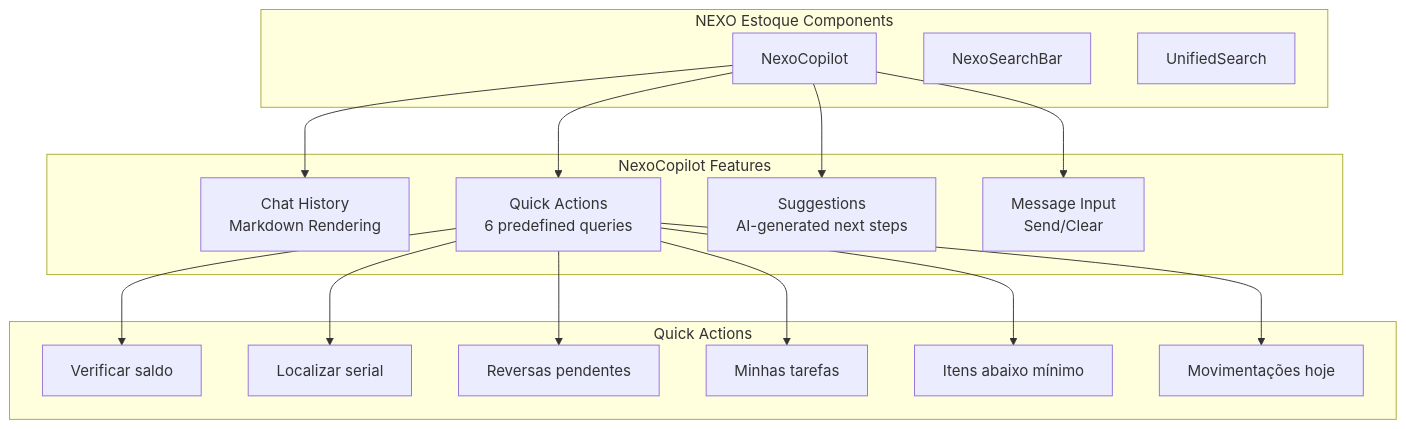
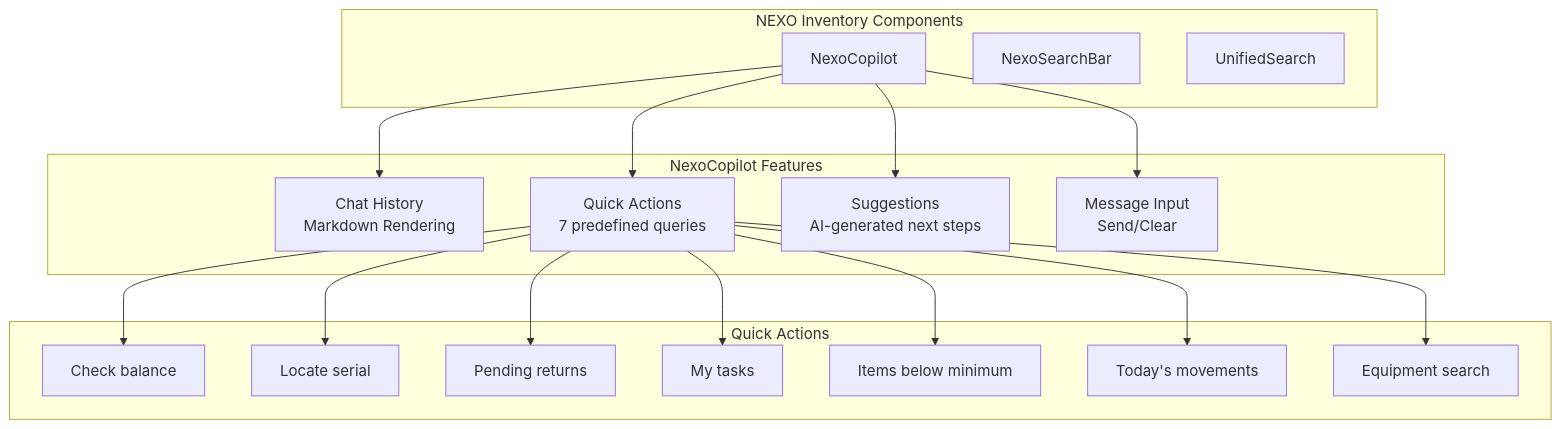
Before and after one commit to LPDigital-Agent/lpd-faiston-allinone: diagram 18 of 19 in docs/architecture/SGA_ESTOQUE_ARCHITECTURE.md, drawn with Mermaid. The commit also changed other lines of this file and 14 other files, not shown here.

First line of the commit message:
🐛 fix(nexo-import): fix priority inversion bug in column creation flow

````diff
--- a/docs/architecture/SGA_ESTOQUE_ARCHITECTURE.md
+++ b/docs/architecture/SGA_ESTOQUE_ARCHITECTURE.md
@@ -720,28 +881,29 @@
 ```mermaid
 flowchart TB
-    subgraph "NEXO Estoque Components"
+    subgraph "NEXO Inventory Components"
         NC[NexoCopilot]
         NS[NexoSearchBar]
         US[UnifiedSearch]
     end
 
     subgraph "NexoCopilot Features"
         CH[Chat History\nMarkdown Rendering]
-        QA[Quick Actions\n6 predefined queries]
+        QA[Quick Actions\n7 predefined queries]
         SG[Suggestions\nAI-generated next steps]
         MI[Message Input\nSend/Clear]
     end
 
     NC --> CH & QA & SG & MI
 
     subgraph "Quick Actions"
-        Q1["Verificar saldo"]
-        Q2["Localizar serial"]
-        Q3["Reversas pendentes"]
-        Q4["Minhas tarefas"]
-        Q5["Itens abaixo mínimo"]
-        Q6["Movimentações hoje"]
+        Q1["Check balance"]
+        Q2["Locate serial"]
+        Q3["Pending returns"]
+        Q4["My tasks"]
+        Q5["Items below minimum"]
+        Q6["Today's movements"]
+        Q7["Equipment search"]
     end
 
-    QA --> Q1 & Q2 & Q3 & Q4 & Q5 & Q6
+    QA --> Q1 & Q2 & Q3 & Q4 & Q5 & Q6 & Q7
 ```
````
